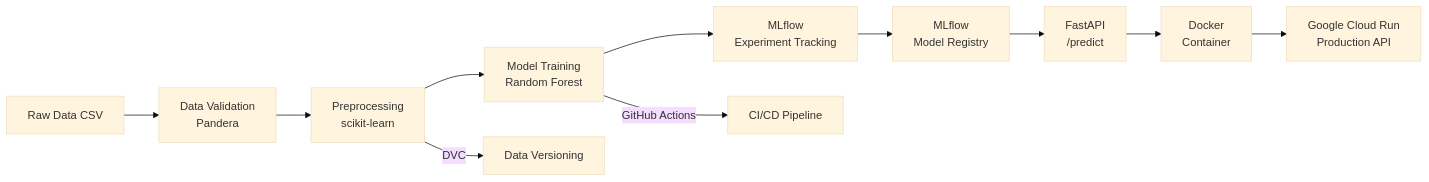
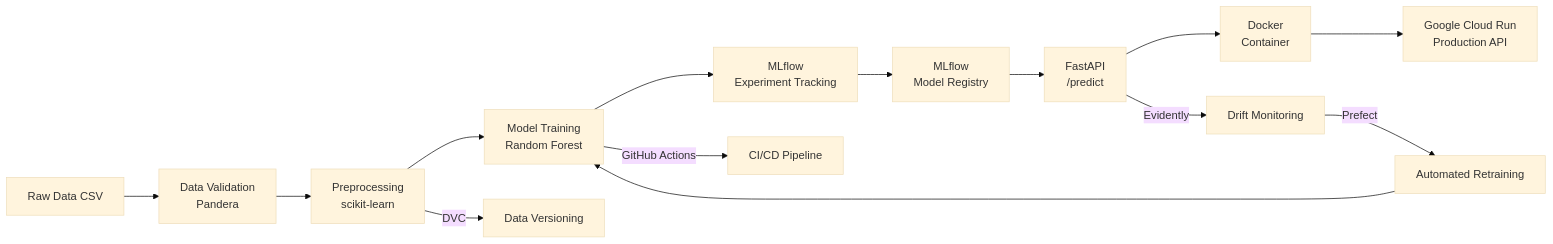
Before and after one commit to Kohei-Uehara-VIP/mlops-pipeline: the diagram in README.md, drawn with Mermaid (base theme). The commit also changed other lines of this file and 2 other files, not shown here.

First line of the commit message:
Schedule the retraining pipeline and document Week 9

````diff
--- a/README.md
+++ b/README.md
@@ -11,13 +11,16 @@
 ```mermaid
 graph LR
     A[Raw Data CSV] --> B[Data Validation\nPandera]
     B --> C[Preprocessing\nscikit-learn]
     C --> D[Model Training\nRandom Forest]
     D --> E[MLflow\nExperiment Tracking]
     E --> F[MLflow\nModel Registry]
     F --> G[FastAPI\n/predict]
     G --> H[Docker\nContainer]
     H --> I[Google Cloud Run\nProduction API]
     C --> |DVC| J[Data Versioning]
     D --> |GitHub Actions| K[CI/CD Pipeline]
+    G --> |Evidently| L[Drift Monitoring]
+    L --> |Prefect| M[Automated Retraining]
+    M --> D
 ```
````
